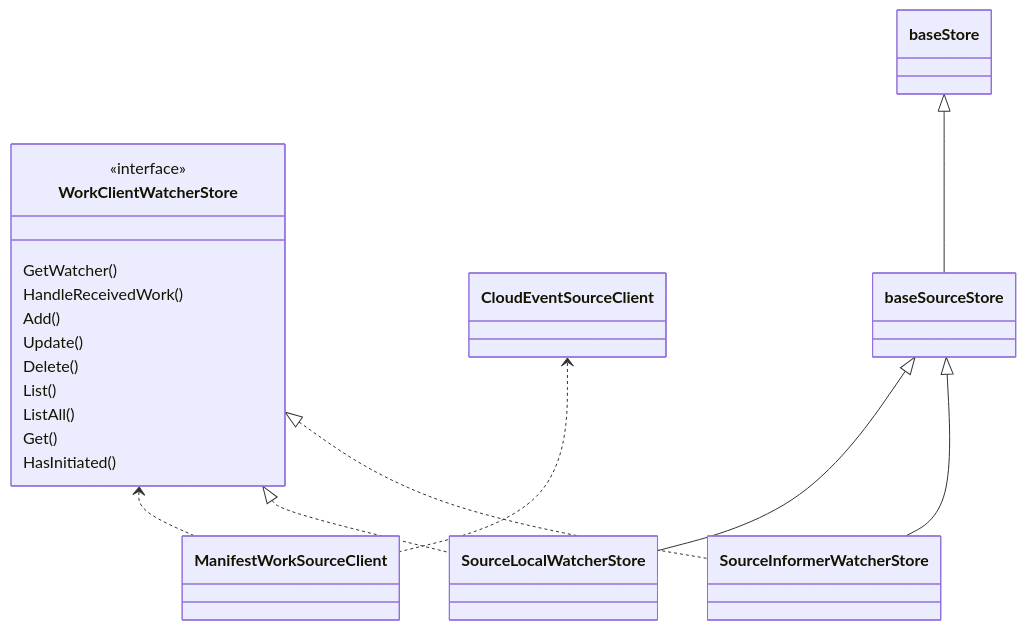
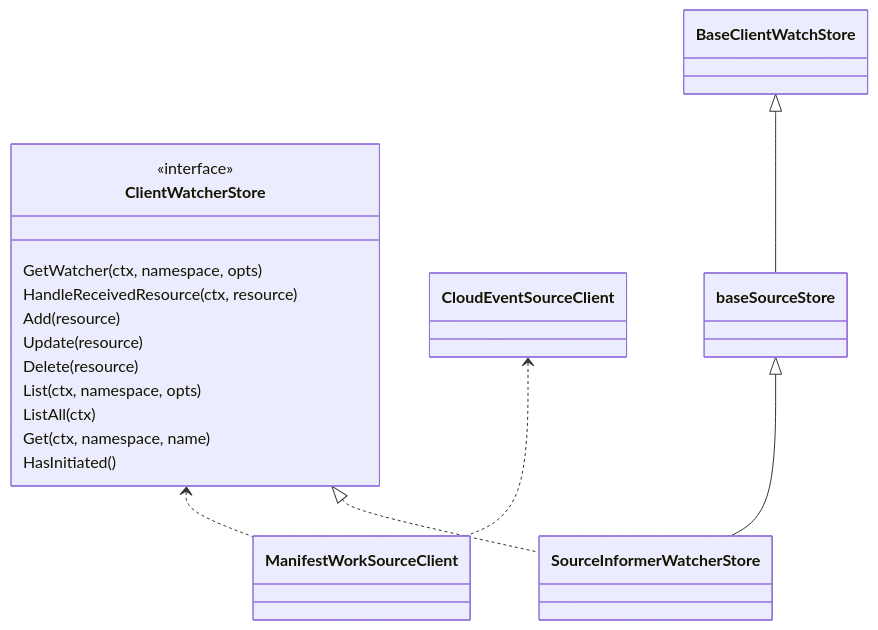
One commit to open-cluster-management-io/sdk-go changed the eighth of 10 diagrams in pkg/cloudevents/doc/design.md. Above: the diagram before and after it, drawn with Mermaid. The commit also changed other lines of this file and 2 other files, not shown here.

````diff
--- a/pkg/cloudevents/doc/design.md
+++ b/pkg/cloudevents/doc/design.md
@@ -218,26 +261,24 @@
 ```mermaid
 classDiagram
-class WorkClientWatcherStore{
+class ClientWatcherStore{
     <<interface>>
-    GetWatcher()
-    HandleReceivedWork()
-    Add()
-    Update()
-    Delete()
-    List()
-    ListAll()
-    Get()
+    GetWatcher(ctx, namespace, opts)
+    HandleReceivedResource(ctx, resource)
+    Add(resource)
+    Update(resource)
+    Delete(resource)
+    List(ctx, namespace, opts)
+    ListAll(ctx)
+    Get(ctx, namespace, name)
     HasInitiated()
 }
 
 CloudEventSourceClient<..ManifestWorkSourceClient
-WorkClientWatcherStore<..ManifestWorkSourceClient
+ClientWatcherStore<..ManifestWorkSourceClient
 
-WorkClientWatcherStore<|..SourceLocalWatcherStore
-WorkClientWatcherStore<|..SourceInformerWatcherStore
+ClientWatcherStore<|..SourceInformerWatcherStore
 
-baseStore <|-- baseSourceStore
+BaseClientWatchStore <|-- baseSourceStore
 
-baseSourceStore<|--SourceLocalWatcherStore
 baseSourceStore<|--SourceInformerWatcherStore
 ```
````
